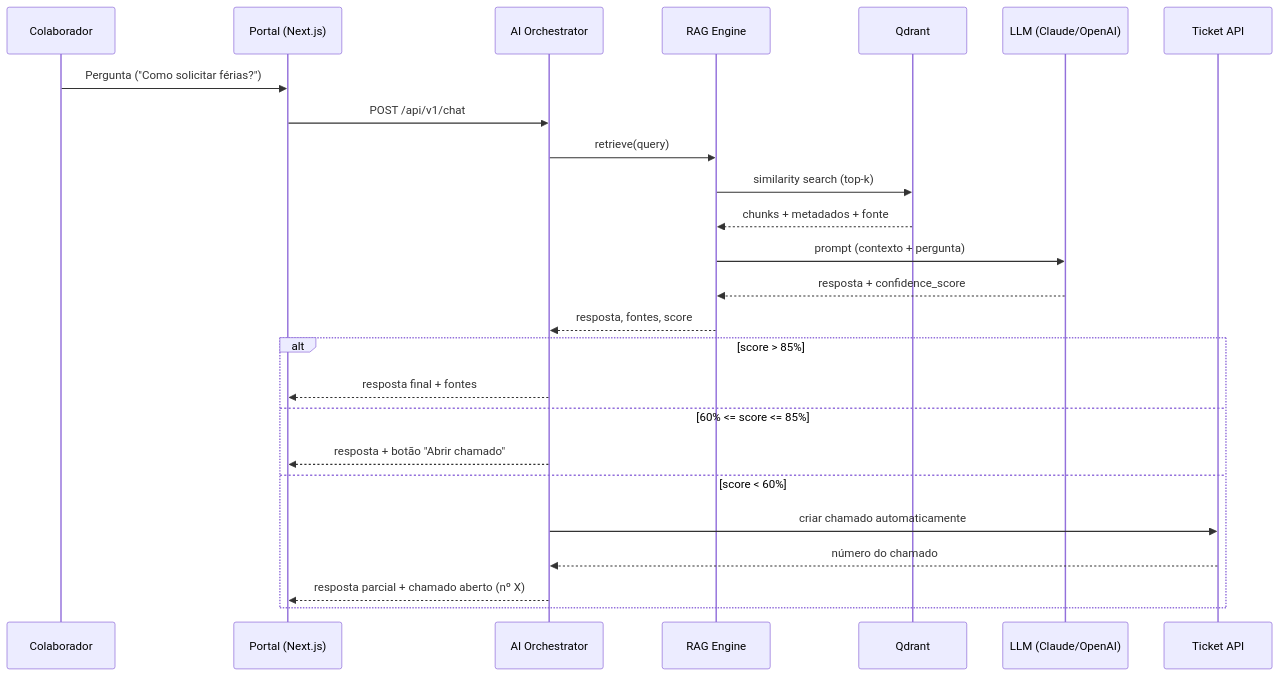
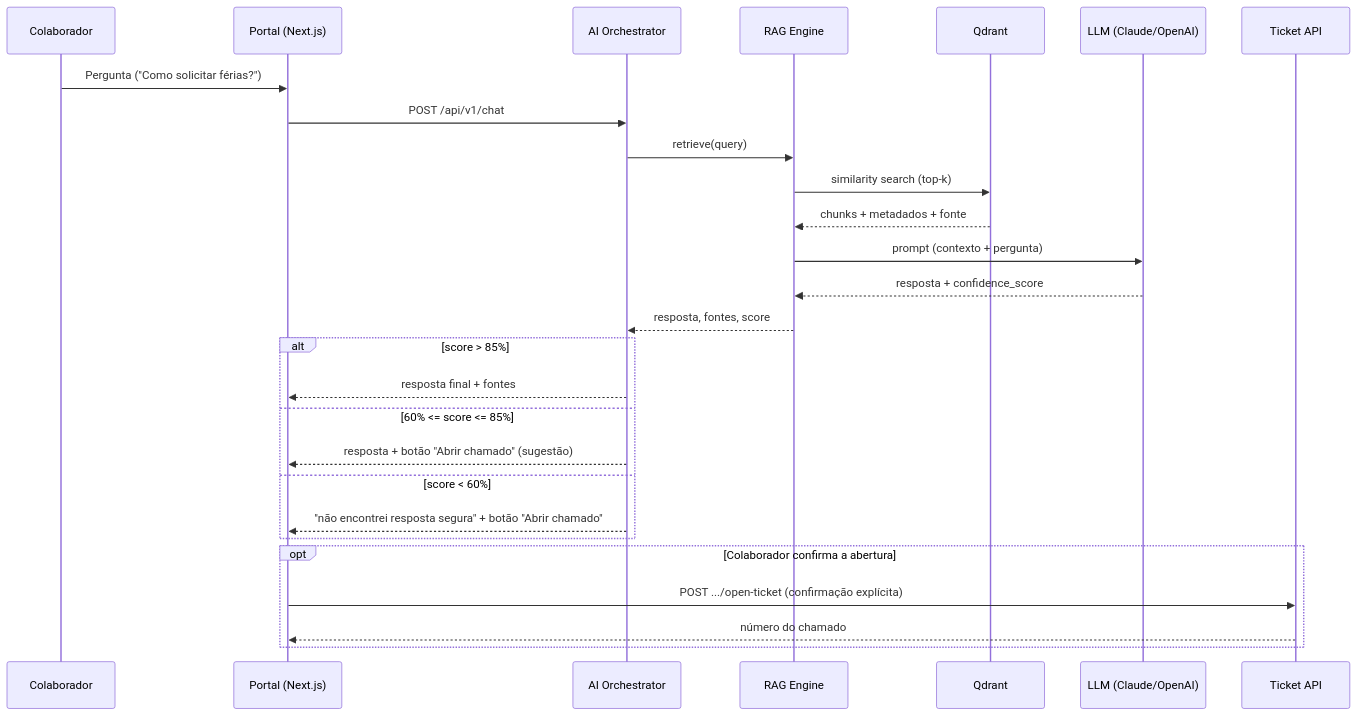
One commit to loamygoncalves/Sistema-de-Chamado-DP---IA changed the second of 4 diagrams in docs/ARCHITECTURE.md. Above: the diagram before and after it, drawn with Mermaid. The commit also changed other lines of this file and 38 other files, not shown here.

````diff
--- a/docs/ARCHITECTURE.md
+++ b/docs/ARCHITECTURE.md
@@ -85,29 +85,32 @@
 ```mermaid
 sequenceDiagram
     participant U as Colaborador
     participant P as Portal (Next.js)
     participant O as AI Orchestrator
     participant R as RAG Engine
     participant Q as Qdrant
     participant L as LLM (Claude/OpenAI)
     participant T as Ticket API
 
     U->>P: Pergunta ("Como solicitar férias?")
     P->>O: POST /api/v1/chat
     O->>R: retrieve(query)
     R->>Q: similarity search (top-k)
     Q-->>R: chunks + metadados + fonte
     R->>L: prompt (contexto + pergunta)
     L-->>R: resposta + confidence_score
     R-->>O: resposta, fontes, score
 
     alt score > 85%
         O-->>P: resposta final + fontes
     else 60% <= score <= 85%
-        O-->>P: resposta + botão "Abrir chamado"
+        O-->>P: resposta + botão "Abrir chamado" (sugestão)
     else score < 60%
-        O->>T: criar chamado automaticamente
-        T-->>O: número do chamado
-        O-->>P: resposta parcial + chamado aberto (nº X)
+        O-->>P: "não encontrei resposta segura" + botão "Abrir chamado"
+    end
+
+    opt Colaborador confirma a abertura
+        P->>T: POST .../open-ticket (confirmação explícita)
+        T-->>P: número do chamado
     end
 ```
````
